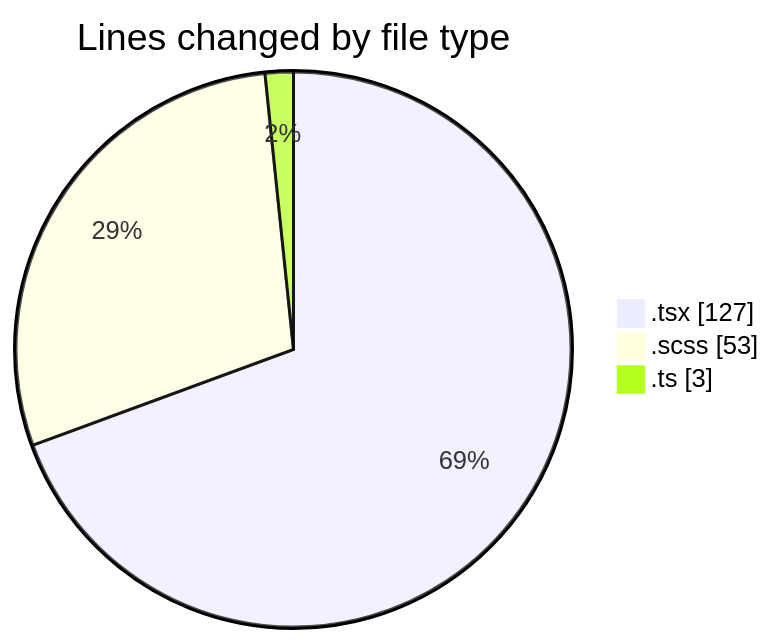
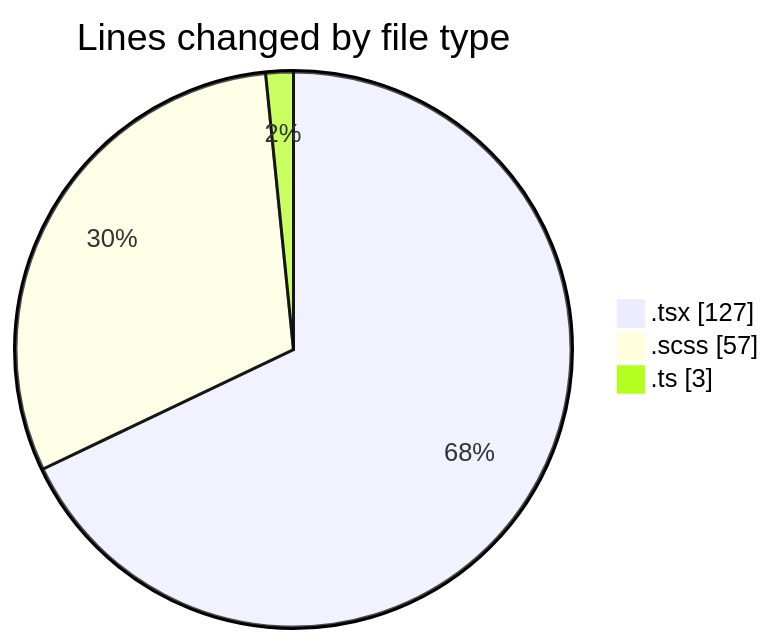
The first of 2 diagrams in 2026-10-30/cda/README.md (momahboobian/code-tracking), drawn with Mermaid before and after one commit. The commit also changed other lines of this file and 1 other file, not shown here.

````diff
--- a/2026-10-30/cda/README.md
+++ b/2026-10-30/cda/README.md
@@ -24,7 +24,7 @@
 ```mermaid
 pie showData
 title Lines changed by file type
 ".tsx" : 127
-".scss" : 53
+".scss" : 57
 ".ts" : 3
 ```
````
